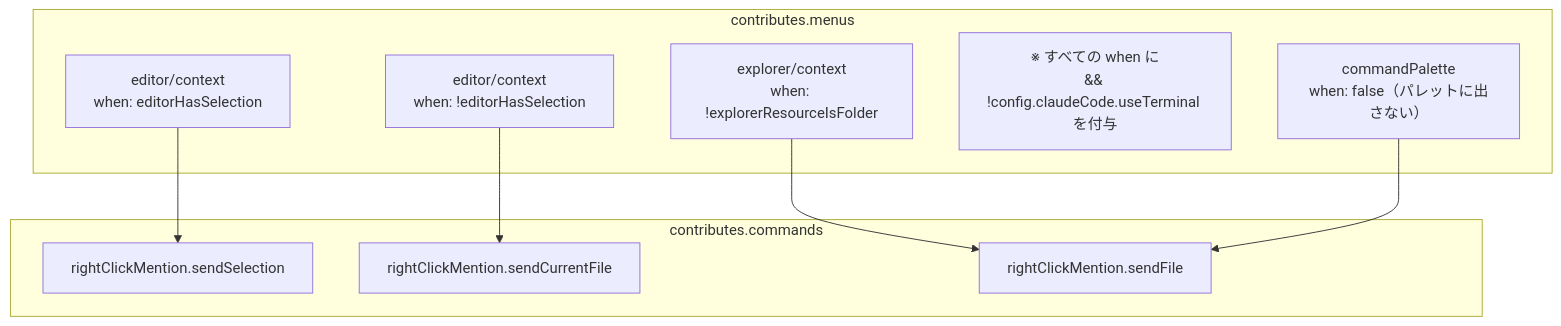
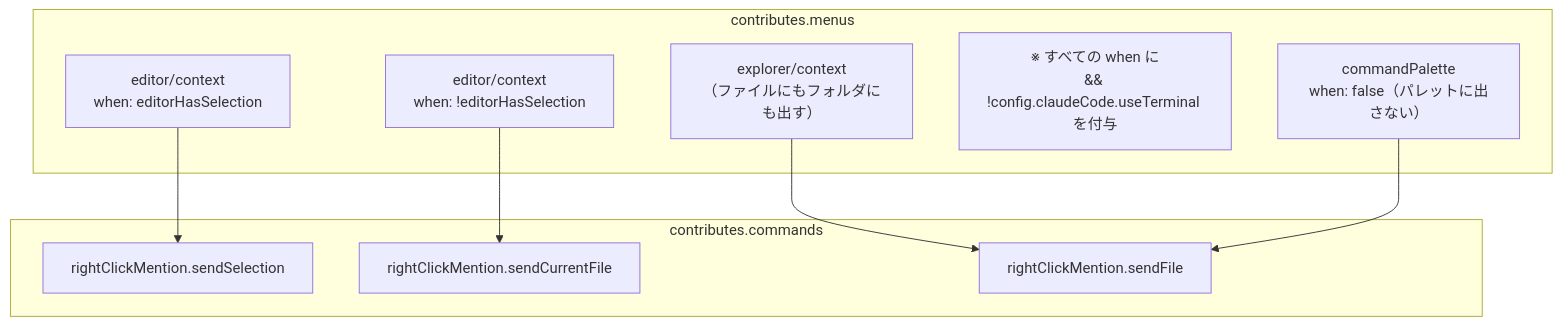
One commit to kip2/refs-to-chat changed the second of 6 diagrams in docs/ARCHITECTURE.md. Above: the diagram before and after it, drawn with Mermaid. The commit also changed other lines of this file and 9 other files, not shown here.

````diff
--- a/docs/ARCHITECTURE.md
+++ b/docs/ARCHITECTURE.md
@@ -83,15 +87,15 @@
 ```mermaid
 flowchart TB
   subgraph commands["contributes.commands"]
     A["rightClickMention.sendSelection"]
     B["rightClickMention.sendCurrentFile"]
     C["rightClickMention.sendFile"]
   end
   subgraph menus["contributes.menus"]
     E1["editor/context<br/>when: editorHasSelection"] --> A
     E2["editor/context<br/>when: !editorHasSelection"] --> B
-    E3["explorer/context<br/>when: !explorerResourceIsFolder"] --> C
+    E3["explorer/context<br/>（ファイルにもフォルダにも出す）"] --> C
     NOTE["※ すべての when に<br/>&& !config.claudeCode.useTerminal を付与"]
     E4["commandPalette<br/>when: false（パレットに出さない）"] --> C
   end
 ```
````
